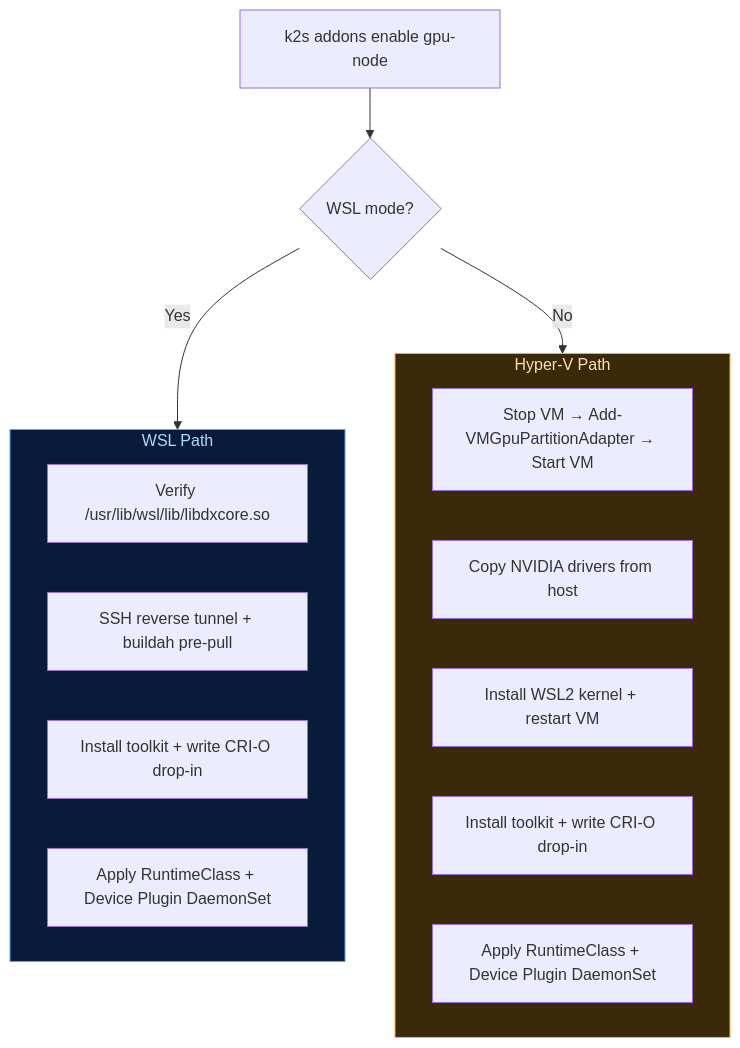
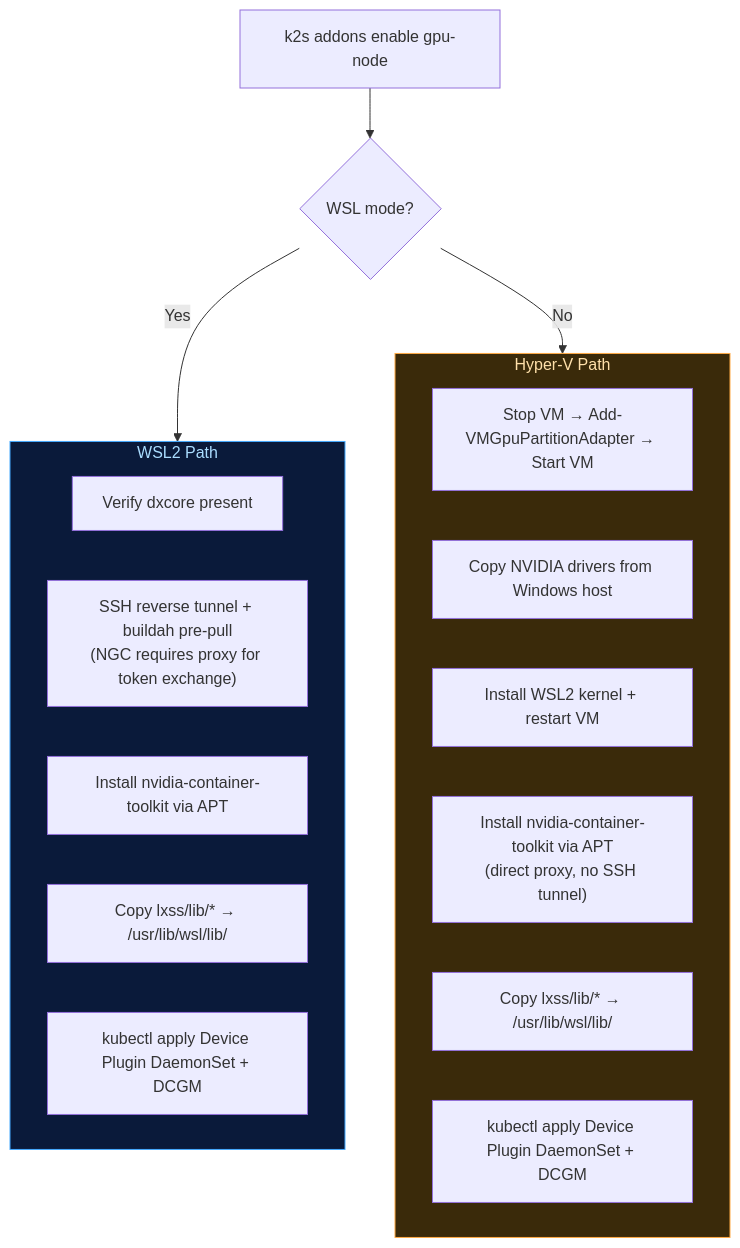
Before and after one commit to Siemens-Healthineers/K2s: diagram 14 of 14 in docs/dev-guide/contributing/gpu-node-roadmap.md, drawn with Mermaid. The commit also changed other lines of this file and 8 other files, not shown here.

First line of the commit message:
feat(gpu-node): validate Hyper-V CDI, fix image tag, remove legacy nvidia handler, restructure roadmap

````diff
--- a/docs/dev-guide/contributing/gpu-node-roadmap.md
+++ b/docs/dev-guide/contributing/gpu-node-roadmap.md
@@ -397,27 +722,29 @@
 ```mermaid
 flowchart TD
     START["k2s addons enable gpu-node"]
     CHECK{WSL mode?}
 
-    subgraph WSL["WSL Path"]
-        W1["Verify /usr/lib/wsl/lib/libdxcore.so"]
-        W2["SSH reverse tunnel + buildah pre-pull"]
-        W3["Install toolkit + write CRI-O drop-in"]
-        W4["Apply RuntimeClass + Device Plugin DaemonSet"]
+    subgraph WSL["WSL2 Path"]
+        W1["Verify dxcore present"]
+        W2["SSH reverse tunnel + buildah pre-pull\n(NGC requires proxy for token exchange)"]
+        W3["Install nvidia-container-toolkit via APT"]
+        W4["Copy lxss/lib/* → /usr/lib/wsl/lib/"]
+        W5["kubectl apply Device Plugin DaemonSet + DCGM"]
     end
 
     subgraph HV["Hyper-V Path"]
         H1["Stop VM → Add-VMGpuPartitionAdapter → Start VM"]
-        H2["Copy NVIDIA drivers from host"]
+        H2["Copy NVIDIA drivers from Windows host"]
         H3["Install WSL2 kernel + restart VM"]
-        H4["Install toolkit + write CRI-O drop-in"]
-        H5["Apply RuntimeClass + Device Plugin DaemonSet"]
+        H4["Install nvidia-container-toolkit via APT\n(direct proxy, no SSH tunnel)"]
+        H5["Copy lxss/lib/* → /usr/lib/wsl/lib/"]
+        H6["kubectl apply Device Plugin DaemonSet + DCGM"]
     end
 
     START --> CHECK
     CHECK -->|Yes| WSL
     CHECK -->|No| HV
 
     style WSL fill:#0a1a3a,stroke:#44aaff,color:#aaddff
     style HV fill:#3a2a0a,stroke:#ffaa44,color:#ffe0aa
 ```
````
